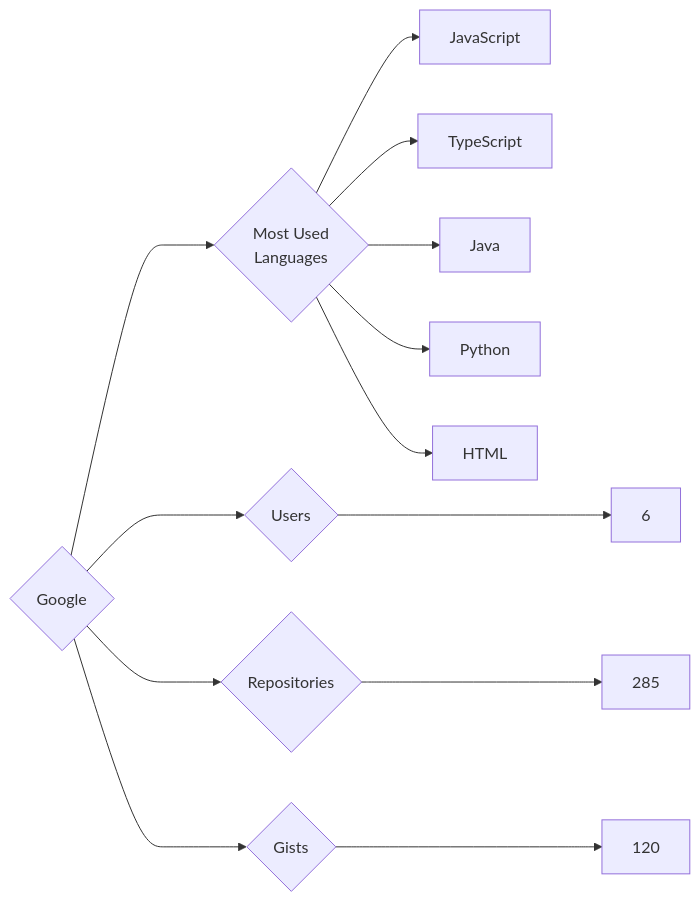
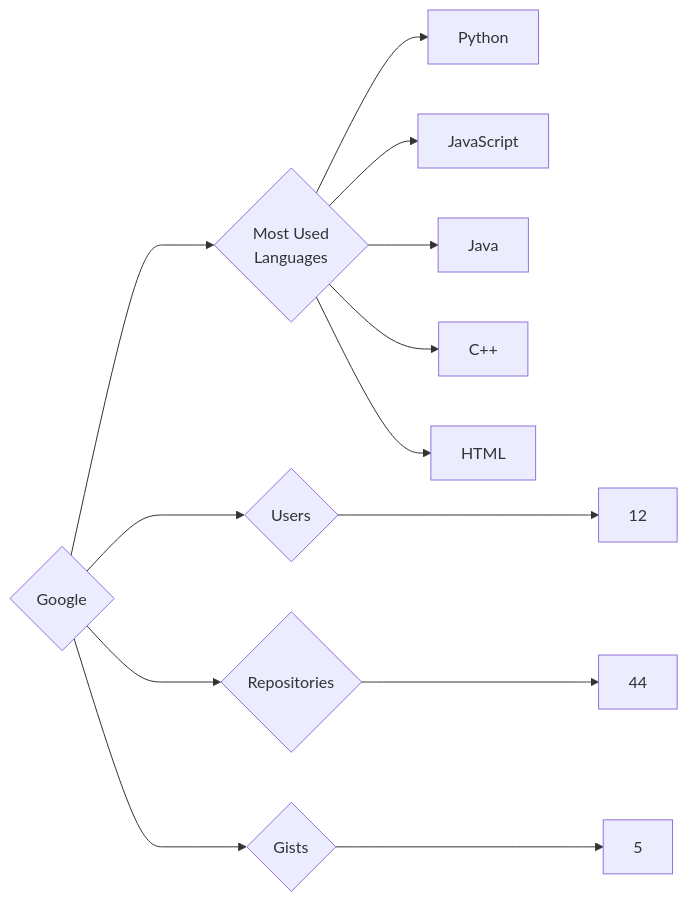
The diagram in targets/Google/README.md (trickest/insiders), drawn with Mermaid before and after one commit. The commit also changed 1003 other files, not shown here.

````diff
--- a/targets/Google/README.md
+++ b/targets/Google/README.md
@@ -3,13 +3,13 @@
 ```mermaid
 graph LR
 COMPANY_NAME{Google}
-COMPANY_NAME ---> U{Users} ---> UN[6]
-COMPANY_NAME ---> R{Repositories} ---> RN[285]
-COMPANY_NAME ---> G{Gists} ---> GN[120]
+COMPANY_NAME ---> U{Users} ---> UN[12]
+COMPANY_NAME ---> R{Repositories} ---> RN[44]
+COMPANY_NAME ---> G{Gists} ---> GN[5]
 COMPANY_NAME ---> ML{Most Used<br>Languages}
+ML --> Python[Python]
 ML --> JavaScript[JavaScript]
-ML --> TypeScript[TypeScript]
 ML --> Java[Java]
-ML --> Python[Python]
+ML --> C++[C++]
 ML --> HTML[HTML]
 ```
````
